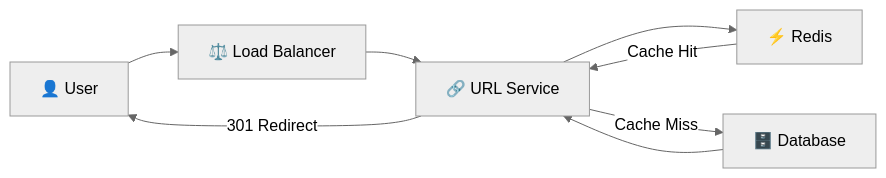
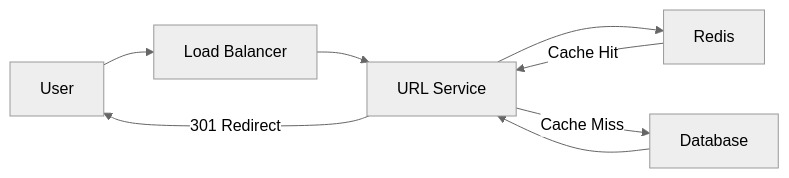
Before and after one commit to ShashwatGohel/SystemDesign: the third of 4 diagrams in Real_System_Design_Questions/URL_Shortner/diagram.md, drawn with Mermaid (neutral theme). The commit also changed other lines of this file, not shown here.

````diff
--- a/Real_System_Design_Questions/URL_Shortner/diagram.md
+++ b/Real_System_Design_Questions/URL_Shortner/diagram.md
@@ -81,27 +81,27 @@
 ```mermaid
 flowchart LR
 
-    U["👤 User"]
+    U[" User"]
 
-    LB["⚖️ Load Balancer"]
+    LB[" Load Balancer"]
 
-    S["🔗 URL Service"]
+    S[" URL Service"]
 
-    R["⚡ Redis"]
+    R[" Redis"]
 
-    DB["🗄️ Database"]
+    DB[" Database"]
 
     U --> LB
 
     LB --> S
 
     S --> R
 
     R -->|"Cache Hit"| S
 
     S -->|"Cache Miss"| DB
 
     DB --> S
 
     S -->|"301 Redirect"| U
 ```
````
